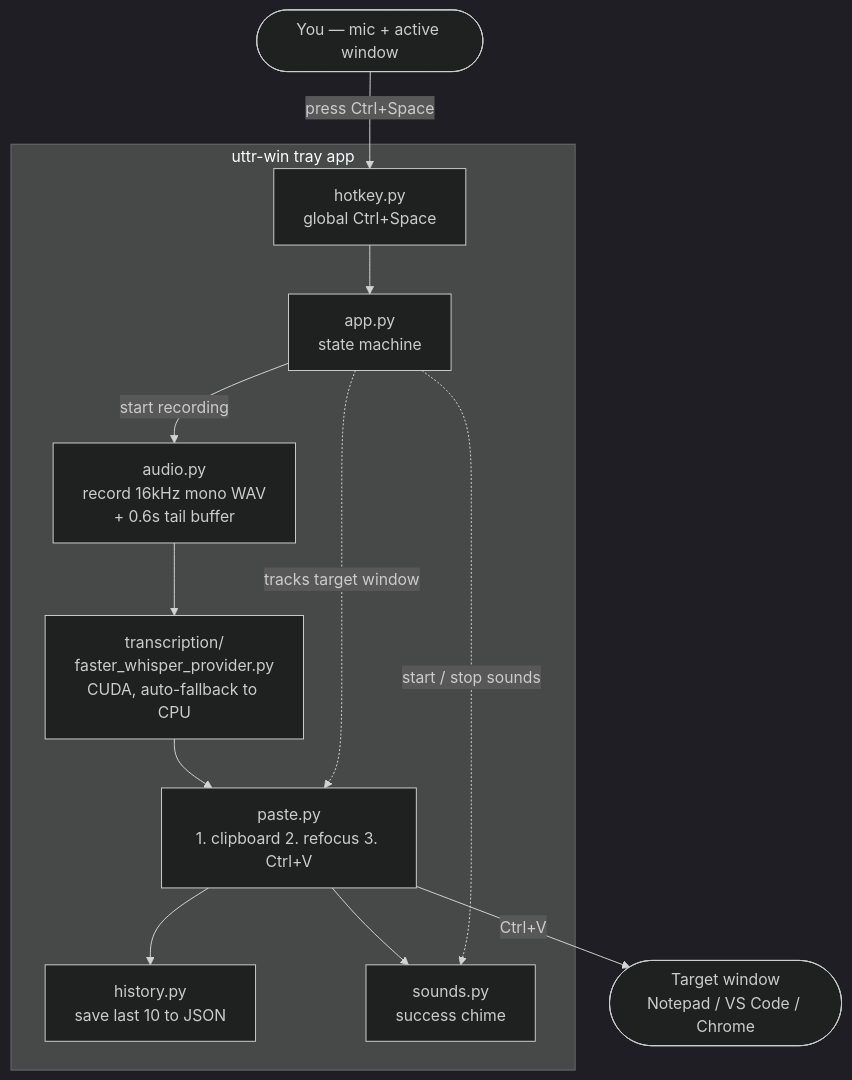
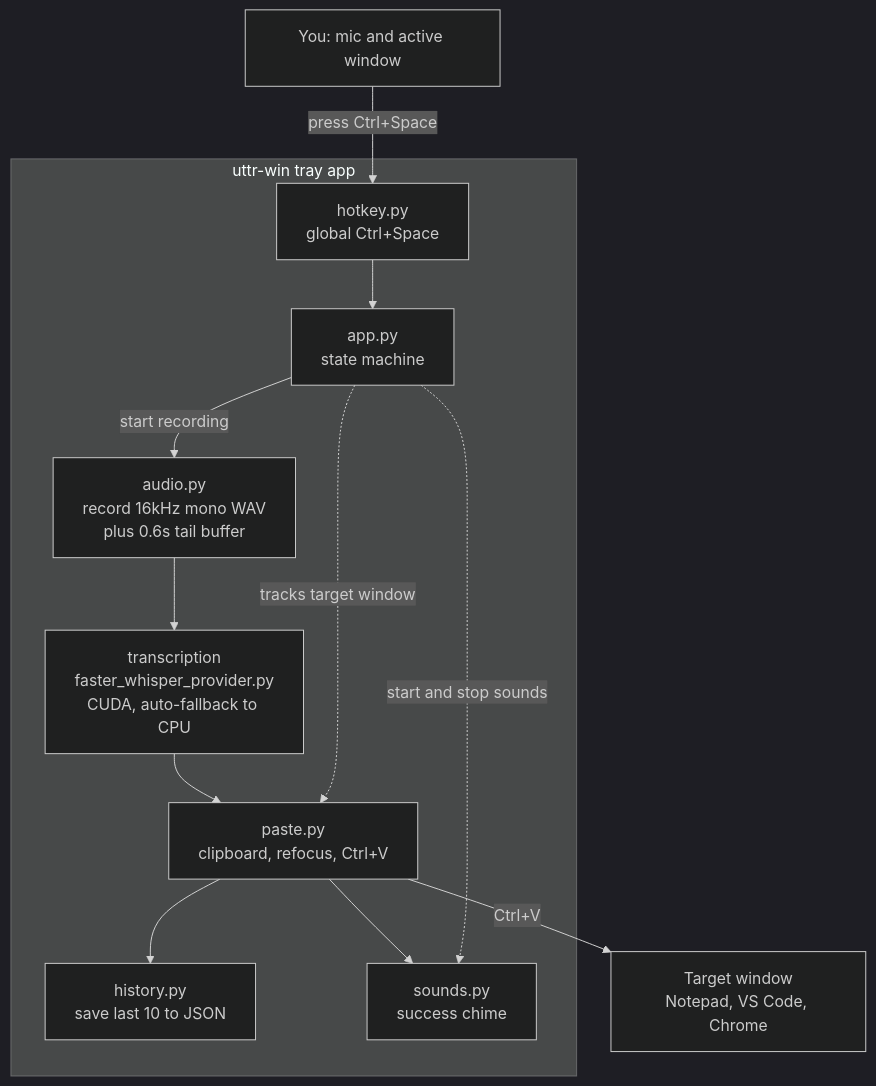
One commit to SanjuEpic/free-wispr-flow changed the first of 3 diagrams in ARCHITECTURE.md. Above: the diagram before and after it, drawn with Mermaid (dark theme). The commit also changed other lines of this file and 1 other file, not shown here.

Commit message:
fix(docs): harden Mermaid diagrams for GitHub's renderer
GitHub's sandboxed Mermaid failed to render ('Cannot read properties of
undefined'). Remove emojis (variation-selector codepoints), switch <br/> to
<br>, drop stadium nodes, and strip slashes/parens/arrows from edge labels.
All four diagrams validated with @mermaid-js/mermaid-cli.

````diff
--- a/ARCHITECTURE.md
+++ b/ARCHITECTURE.md
@@ -17,17 +17,17 @@
 ```mermaid
 flowchart TD
-    YOU(["You — mic + active window"]) -->|press Ctrl+Space| HK
+    YOU["You: mic and active window"] -->|press Ctrl+Space| HK
 
     subgraph APP["uttr-win tray app"]
-        HK["hotkey.py<br/>global Ctrl+Space"] --> STATE["app.py<br/>state machine"]
-        STATE -->|start recording| AUD["audio.py<br/>record 16kHz mono WAV<br/>+ 0.6s tail buffer"]
-        AUD --> TR["transcription/<br/>faster_whisper_provider.py<br/>CUDA, auto-fallback to CPU"]
-        TR --> PASTE["paste.py<br/>1. clipboard 2. refocus 3. Ctrl+V"]
-        PASTE --> HIST["history.py<br/>save last 10 to JSON"]
-        PASTE --> SND["sounds.py<br/>success chime"]
-        STATE -.->|start / stop sounds| SND
+        HK["hotkey.py<br>global Ctrl+Space"] --> STATE["app.py<br>state machine"]
+        STATE -->|start recording| AUD["audio.py<br>record 16kHz mono WAV<br>plus 0.6s tail buffer"]
+        AUD --> TR["transcription<br>faster_whisper_provider.py<br>CUDA, auto-fallback to CPU"]
+        TR --> PASTE["paste.py<br>clipboard, refocus, Ctrl+V"]
+        PASTE --> HIST["history.py<br>save last 10 to JSON"]
+        PASTE --> SND["sounds.py<br>success chime"]
+        STATE -.->|start and stop sounds| SND
         STATE -.->|tracks target window| PASTE
     end
 
-    PASTE -->|Ctrl+V| TARGET(["Target window<br/>Notepad / VS Code / Chrome"])
+    PASTE -->|Ctrl+V| TARGET["Target window<br>Notepad, VS Code, Chrome"]
 ```
````
